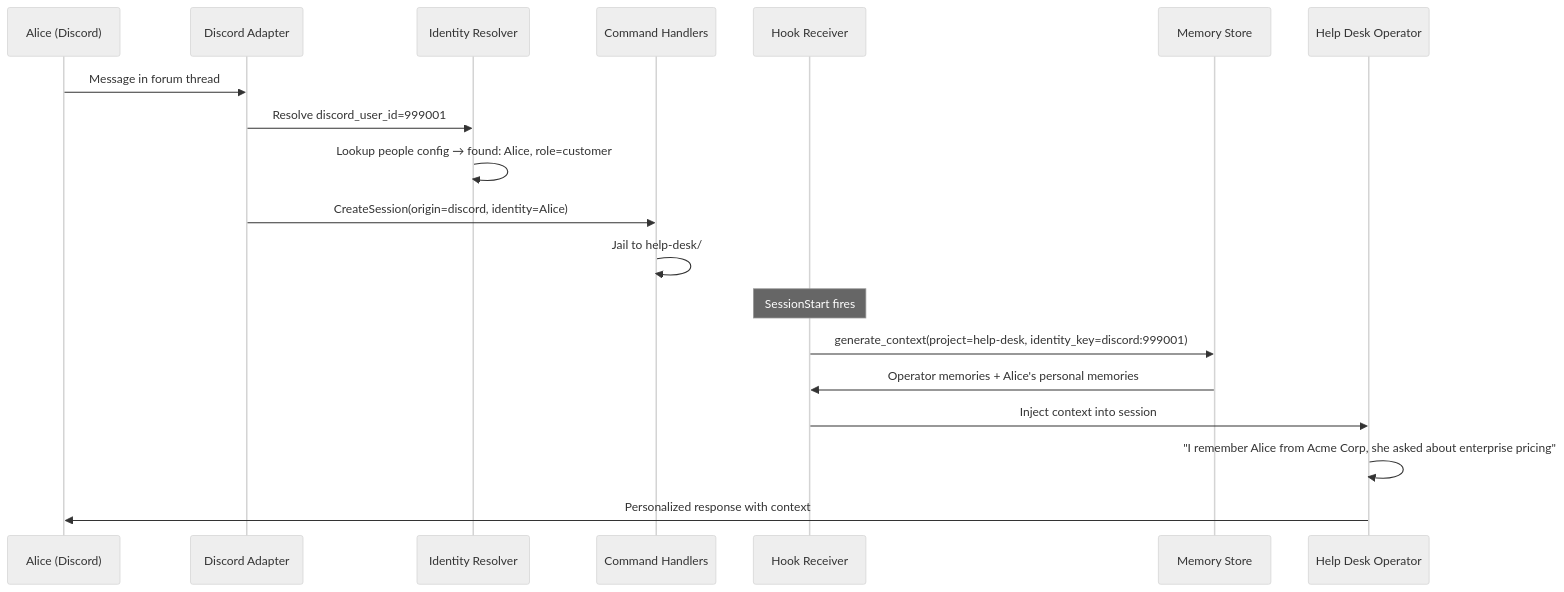
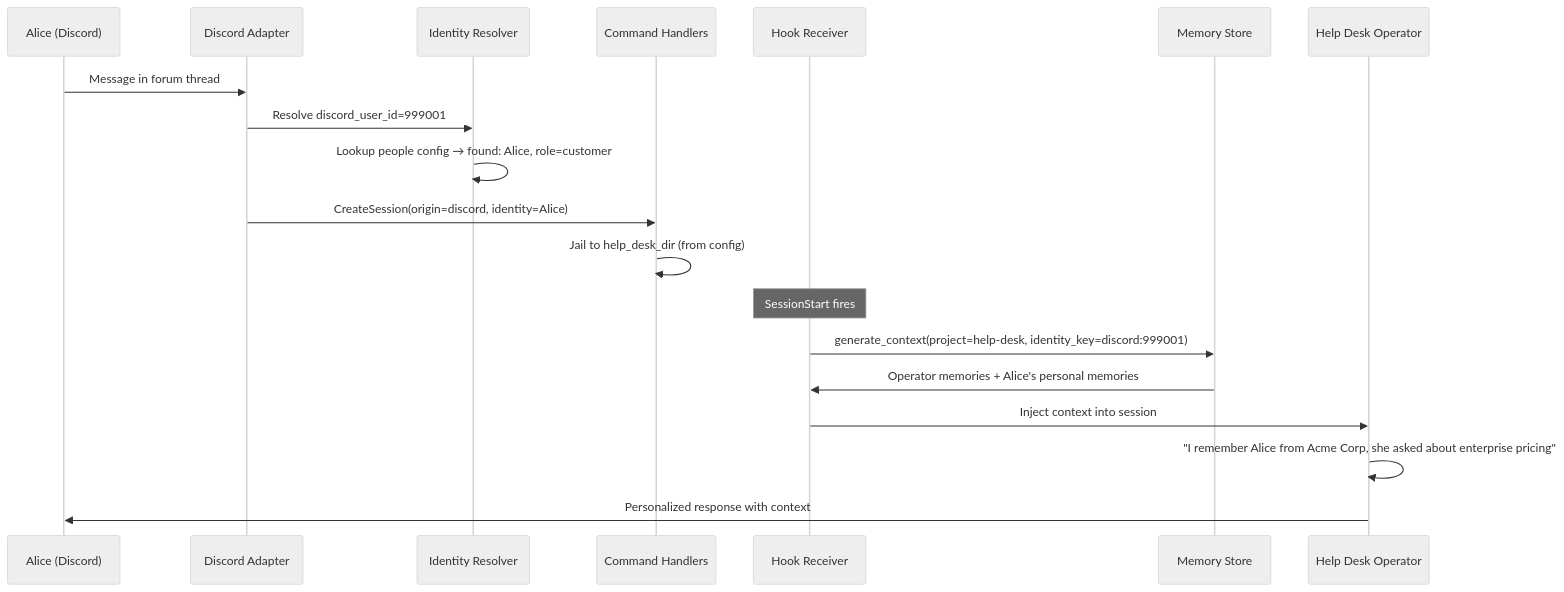
Before and after one commit to InstruktAI/TeleClaude: the seventh of 9 diagrams in docs/project/design/architecture/help-desk-platform.md, drawn with Mermaid (neutral theme). The commit also changed other lines of this file, not shown here.

First line of the commit message:
feat(design): consolidate help desk platform requirements from brainstorming

````diff
--- a/docs/project/design/architecture/help-desk-platform.md
+++ b/docs/project/design/architecture/help-desk-platform.md
@@ -461,24 +607,24 @@
 ```mermaid
 sequenceDiagram
     participant Customer as Alice (Discord)
     participant Adapter as Discord Adapter
     participant Identity as Identity Resolver
     participant CMD as Command Handlers
     participant Hook as Hook Receiver
     participant Memory as Memory Store
     participant Agent as Help Desk Operator
 
     Customer->>Adapter: Message in forum thread
     Adapter->>Identity: Resolve discord_user_id=999001
     Identity->>Identity: Lookup people config → found: Alice, role=customer
     Adapter->>CMD: CreateSession(origin=discord, identity=Alice)
-    CMD->>CMD: Jail to help-desk/
+    CMD->>CMD: Jail to help_desk_dir (from config)
 
     Note over Hook: SessionStart fires
     Hook->>Memory: generate_context(project=help-desk, identity_key=discord:999001)
     Memory->>Hook: Operator memories + Alice's personal memories
     Hook->>Agent: Inject context into session
 
     Agent->>Agent: "I remember Alice from Acme Corp, she asked about enterprise pricing"
     Agent->>Customer: Personalized response with context
 ```
````
